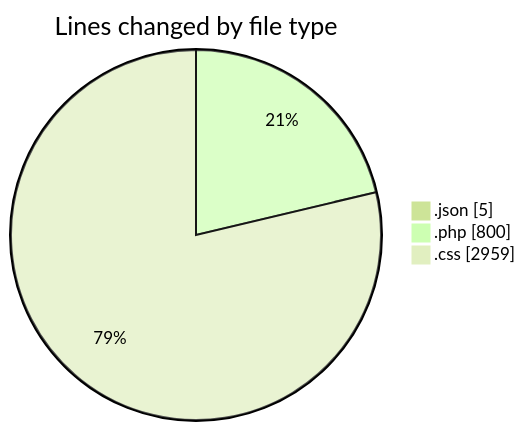
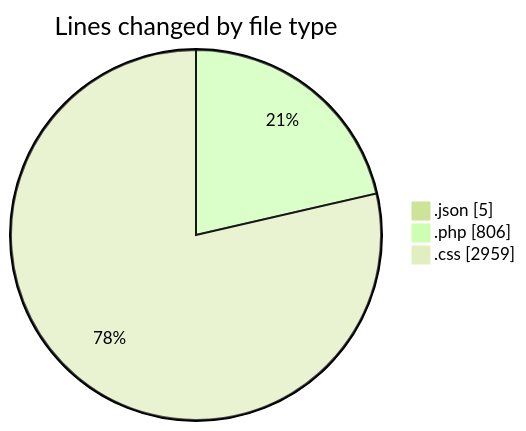
One commit to debugP/code-tracking changed the first of 2 diagrams in 2026-07-01/wp-content/README.md. Above: the diagram before and after it, drawn with Mermaid (forest theme). The commit also changed other lines of this file and 1 other file, not shown here.

````diff
--- a/2026-07-01/wp-content/README.md
+++ b/2026-07-01/wp-content/README.md
@@ -26,7 +26,7 @@
 ```mermaid
 pie showData
 title Lines changed by file type
 ".json" : 5
-".php" : 800
+".php" : 806
 ".css" : 2959
 ```
````
